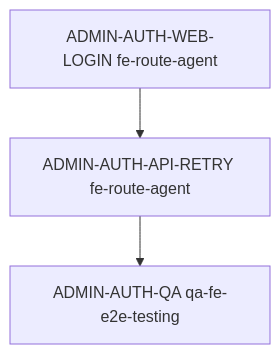
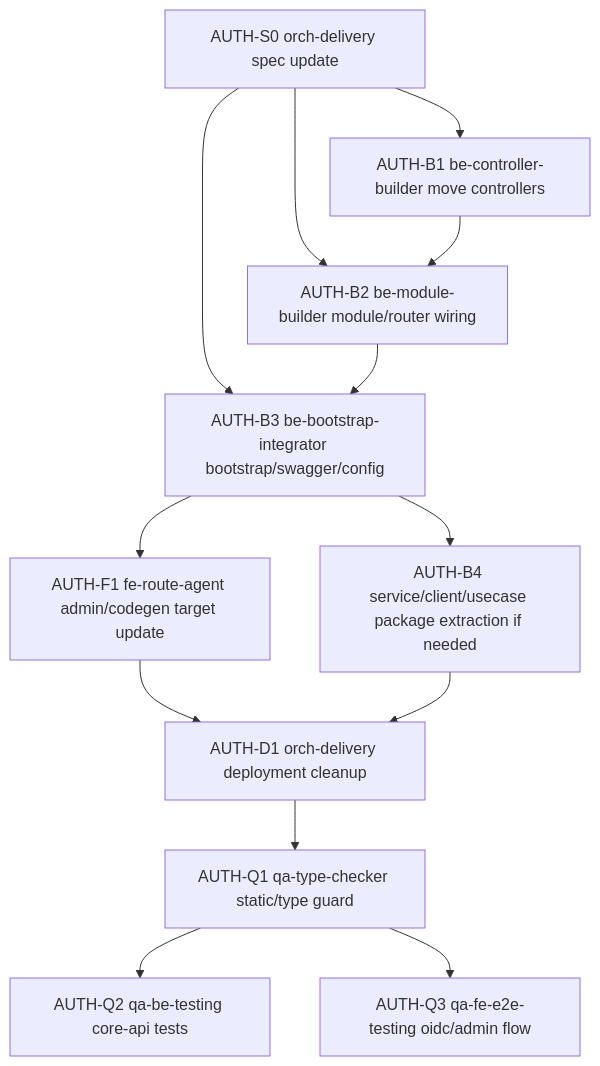
The diagram in docs/services/admin-auth.delivery.spec.md (kimjoongwon/prj-core), drawn with Mermaid before and after one commit. The commit also changed other lines of this file and 1483 other files, not shown here.

````diff
--- a/docs/services/admin-auth.delivery.spec.md
+++ b/docs/services/admin-auth.delivery.spec.md
@@ -82,5 +86,26 @@
 ```mermaid
 flowchart TD
-  S["ADMIN-AUTH-WEB-LOGIN fe-route-agent"] --> A["ADMIN-AUTH-API-RETRY fe-route-agent"]
-  A --> Q["ADMIN-AUTH-QA qa-fe-e2e-testing"]
+  S0["AUTH-S0 orch-delivery spec update"]
+  B1["AUTH-B1 be-controller-builder move controllers"]
+  B2["AUTH-B2 be-module-builder module/router wiring"]
+  B3["AUTH-B3 be-bootstrap-integrator bootstrap/swagger/config"]
+  B4["AUTH-B4 service/client/usecase package extraction if needed"]
+  F1["AUTH-F1 fe-route-agent admin/codegen target update"]
+  D1["AUTH-D1 orch-delivery deployment cleanup"]
+  Q1["AUTH-Q1 qa-type-checker static/type guard"]
+  Q2["AUTH-Q2 qa-be-testing core-api tests"]
+  Q3["AUTH-Q3 qa-fe-e2e-testing oidc/admin flow"]
+
+  S0 --> B1
+  S0 --> B2
+  S0 --> B3
+  B1 --> B2
+  B2 --> B3
+  B3 --> B4
+  B3 --> F1
+  F1 --> D1
+  B4 --> D1
+  D1 --> Q1
+  Q1 --> Q2
+  Q1 --> Q3
 ```
````
